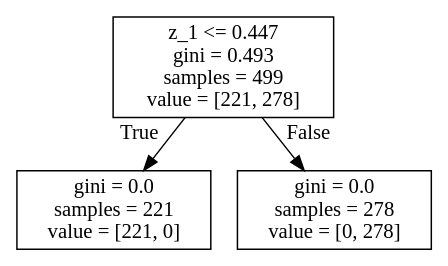
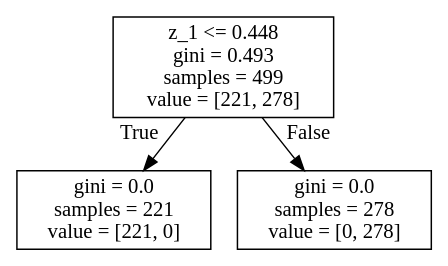
The diagram in results/log9/4_dmn/trees/ak.dot (gaelbernard/PDC), drawn with Graphviz before and after one commit. The commit also changed 542 other files, not shown here.

```diff
--- a/results/log9/4_dmn/trees/ak.dot
+++ b/results/log9/4_dmn/trees/ak.dot
@@ -1,8 +1,8 @@
 digraph Tree {
 node [shape=box] ;
-0 [label="z_1 <= 0.447\ngini = 0.493\nsamples = 499\nvalue = [221, 278]"] ;
+0 [label="z_1 <= 0.448\ngini = 0.493\nsamples = 499\nvalue = [221, 278]"] ;
 1 [label="gini = 0.0\nsamples = 221\nvalue = [221, 0]"] ;
 0 -> 1 [labeldistance=2.5, labelangle=45, headlabel="True"] ;
 2 [label="gini = 0.0\nsamples = 278\nvalue = [0, 278]"] ;
 0 -> 2 [labeldistance=2.5, labelangle=-45, headlabel="False"] ;
 }
```
